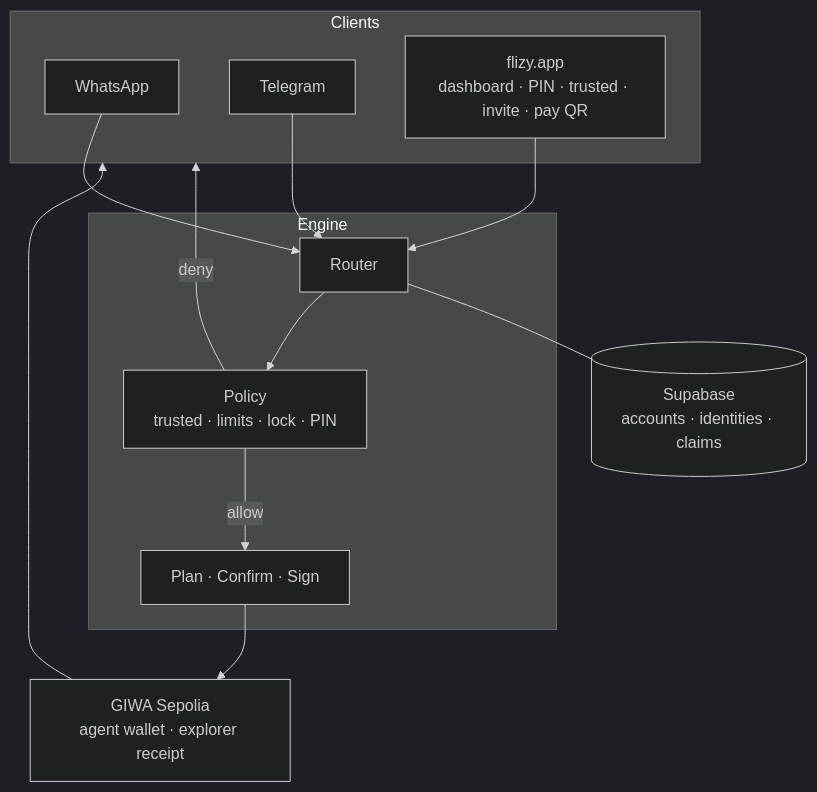
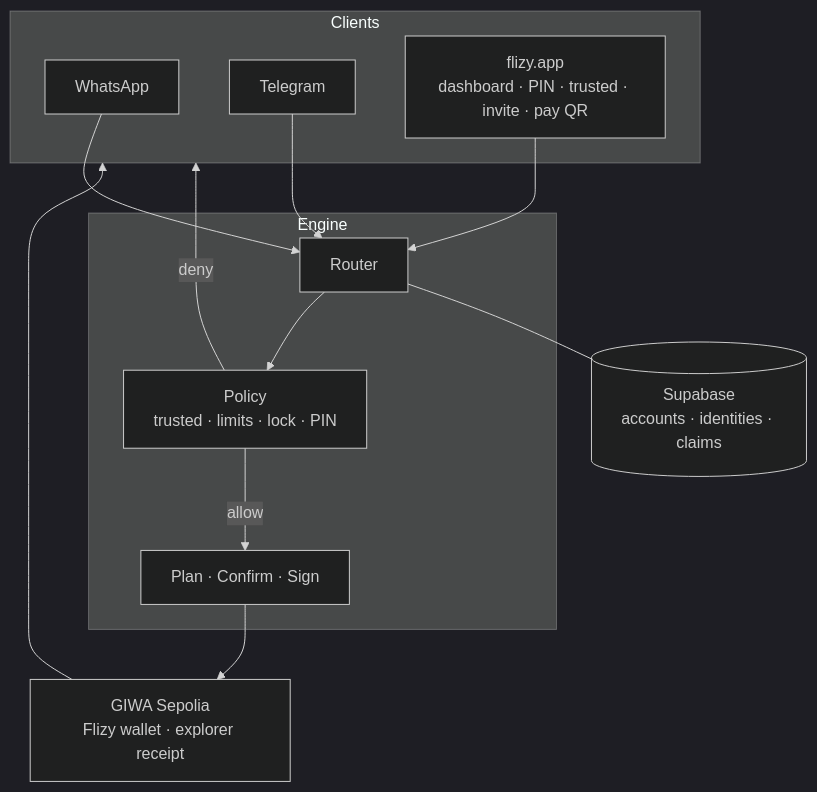
One commit to rudazy/flizy changed the third of 4 diagrams in README.md. Above: the diagram before and after it, drawn with Mermaid (dark theme). The commit also changed other lines of this file and 28 other files, not shown here.

````diff
--- a/README.md
+++ b/README.md
@@ -137,27 +137,27 @@
 ```mermaid
 flowchart TB
   subgraph clients["Clients"]
     WA["WhatsApp"]
     TG["Telegram"]
     WEB["flizy.app<br/>dashboard · PIN · trusted · invite · pay QR"]
   end
 
   subgraph engine["Engine"]
     R["Router"]
     P["Policy<br/>trusted · limits · lock · PIN"]
     X["Plan · Confirm · Sign"]
   end
 
   DB[("Supabase<br/>accounts · identities · claims")]
-  CH["GIWA Sepolia<br/>agent wallet · explorer receipt"]
+  CH["GIWA Sepolia<br/>Flizy wallet · explorer receipt"]
 
   WA --> R
   TG --> R
   WEB --> R
   R --> P
   P -->|allow| X
   P -->|deny| clients
   R --- DB
   X --> CH
   CH --> clients
 ```
````
